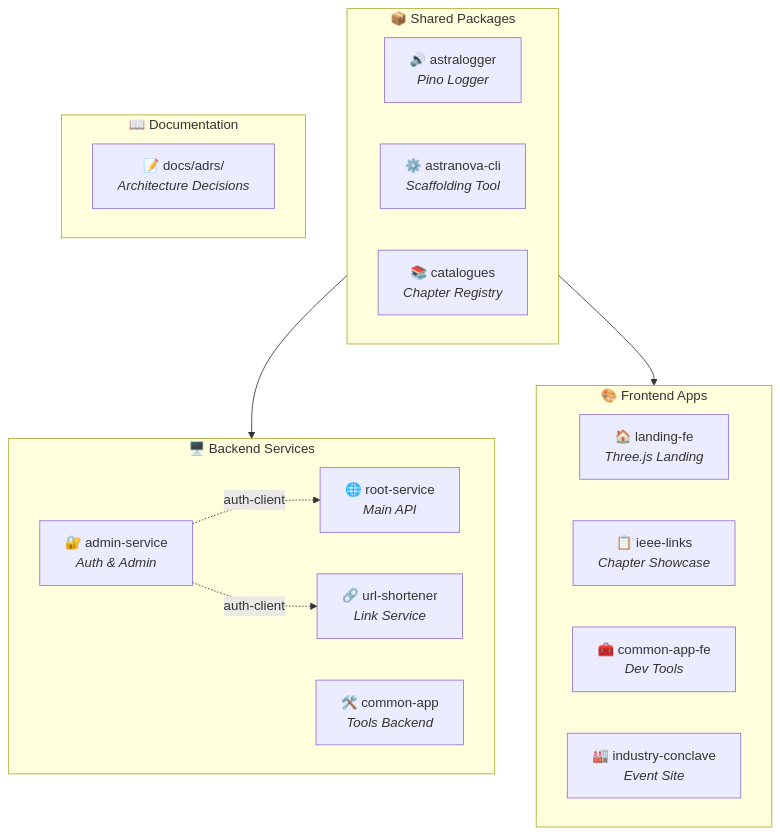
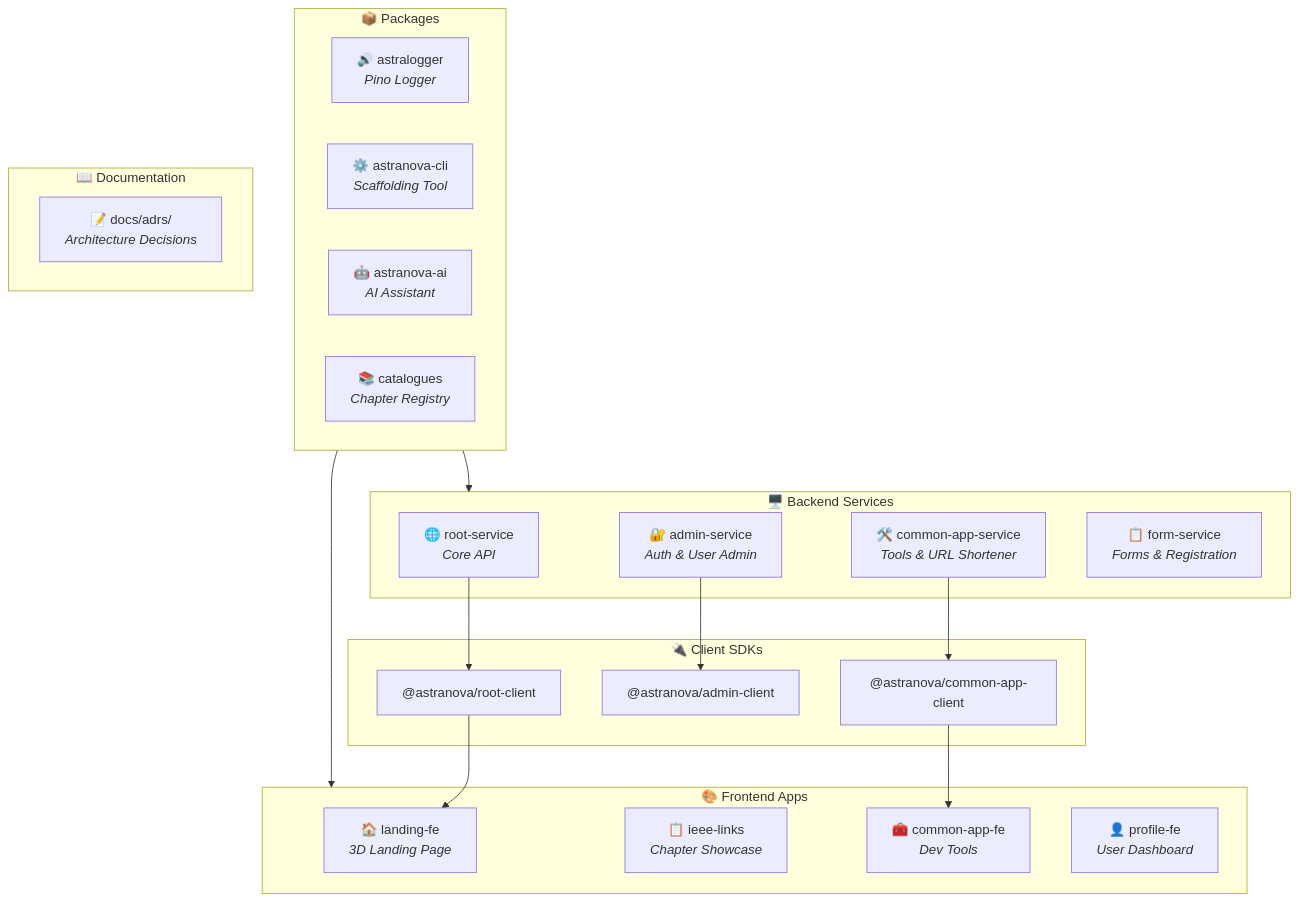
Before and after one commit to IEEE-Ritb-Website/ieee-ritb-suite: the diagram in README.md, drawn with Mermaid. The commit also changed other lines of this file and 2 other files, not shown here.

````diff
--- a/README.md
+++ b/README.md
@@ -166,31 +166,43 @@
 ```mermaid
 graph TB
-    subgraph Packages["📦 Shared Packages"]
+    subgraph Packages["📦 Packages"]
         AL["🔊 astralogger<br/><i>Pino Logger</i>"]
         CLI["⚙️ astranova-cli<br/><i>Scaffolding Tool</i>"]
+        AI["🤖 astranova-ai<br/><i>AI Assistant</i>"]
         CAT["📚 catalogues<br/><i>Chapter Registry</i>"]
     end
 
     subgraph Backend["🖥️ Backend Services"]
-        ROOT["🌐 root-service<br/><i>Main API</i>"]
-        ADMIN["🔐 admin-service<br/><i>Auth & Admin</i>"]
-        URL["🔗 url-shortener<br/><i>Link Service</i>"]
-        COMMON["🛠️ common-app<br/><i>Tools Backend</i>"]
+        ROOT["🌐 root-service<br/><i>Core API</i>"]
+        ADMIN["🔐 admin-service<br/><i>Auth & User Admin</i>"]
+        COMMON["🛠️ common-app-service<br/><i>Tools & URL Shortener</i>"]
+        FORM["📋 form-service<br/><i>Forms & Registration</i>"]
+    end
+
+    subgraph Clients["🔌 Client SDKs"]
+        RC["@astranova/root-client"]
+        AC["@astranova/admin-client"]
+        CC["@astranova/common-app-client"]
     end
 
     subgraph Frontend["🎨 Frontend Apps"]
-        LAND["🏠 landing-fe<br/><i>Three.js Landing</i>"]
+        LAND["🏠 landing-fe<br/><i>3D Landing Page</i>"]
         LINKS["📋 ieee-links<br/><i>Chapter Showcase</i>"]
         TOOLS["🧰 common-app-fe<br/><i>Dev Tools</i>"]
-        IND["🏭 industry-conclave<br/><i>Event Site</i>"]
+        PROFILE["👤 profile-fe<br/><i>User Dashboard</i>"]
     end
 
     subgraph Docs["📖 Documentation"]
         ADR["📝 docs/adrs/<br/><i>Architecture Decisions</i>"]
     end
 
     Packages --> Backend
     Packages --> Frontend
-    ADMIN -.->|"auth-client"| ROOT
-    ADMIN -.->|"auth-client"| URL
+
+    ROOT --> RC
+    ADMIN --> AC
+    COMMON --> CC
+
+    RC --> LAND
+    CC --> TOOLS
 ```
````
